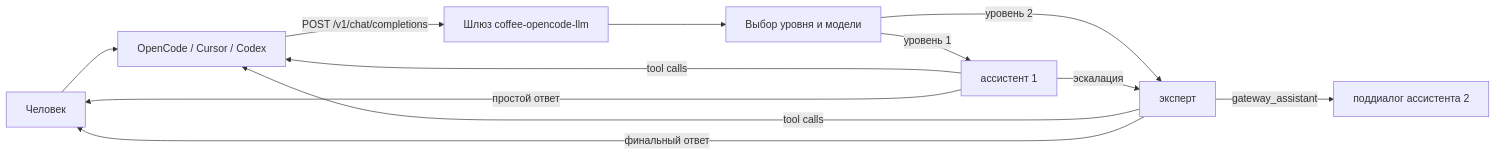
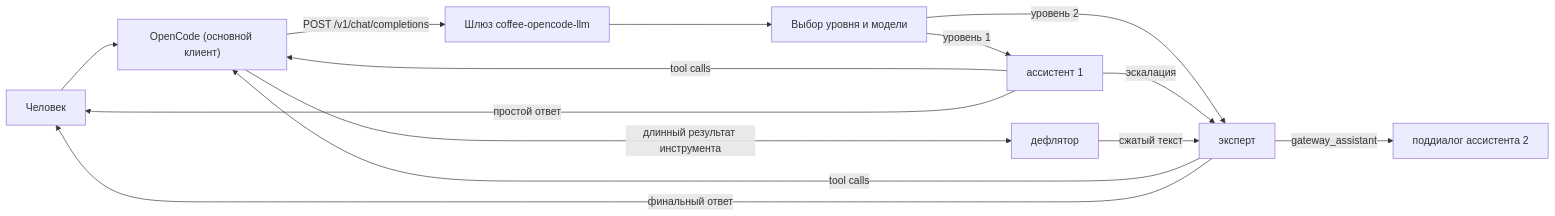
The first of 2 diagrams in README.ru.md (coffeebreak-ai/coffee-opencode-llm), drawn with Mermaid before and after one commit. The commit also changed other lines of this file and 2 other files, not shown here.

Commit message:
docs: OpenCode as the primary client, deflator in the request path
State up front that the gateway is built for OpenCode: provider
protocol, Thought streaming, progress events, session headers, with
Cursor and Codex on the same OpenAI-compatible API. The request path
diagram now shows the deflator condensing long tool results, mirroring
the reference layout of the earlier Python README.

````diff
--- a/README.ru.md
+++ b/README.ru.md
@@ -18,14 +22,16 @@
 ```mermaid
 flowchart LR
-    human["Человек"] --> client["OpenCode / Cursor / Codex"]
-    client -->|"POST /v1/chat/completions"| gw["Шлюз coffee-opencode-llm"]
+    human["Человек"] --> oc["OpenCode (основной клиент)"]
+    oc -->|"POST /v1/chat/completions"| gw["Шлюз coffee-opencode-llm"]
     gw --> decide["Выбор уровня и модели"]
     decide -->|"уровень 1"| asst["ассистент 1"]
     decide -->|"уровень 2"| expert["эксперт"]
     asst -->|"эскалация"| expert
     expert -->|"gateway_assistant"| helper["поддиалог ассистента 2"]
-    asst -->|"tool calls"| client
-    expert -->|"tool calls"| client
+    asst -->|"tool calls"| oc
+    expert -->|"tool calls"| oc
+    oc -->|"длинный результат инструмента"| deflator["дефлятор"]
+    deflator -->|"сжатый текст"| expert
     asst -->|"простой ответ"| human
     expert -->|"финальный ответ"| human
 ```
````
